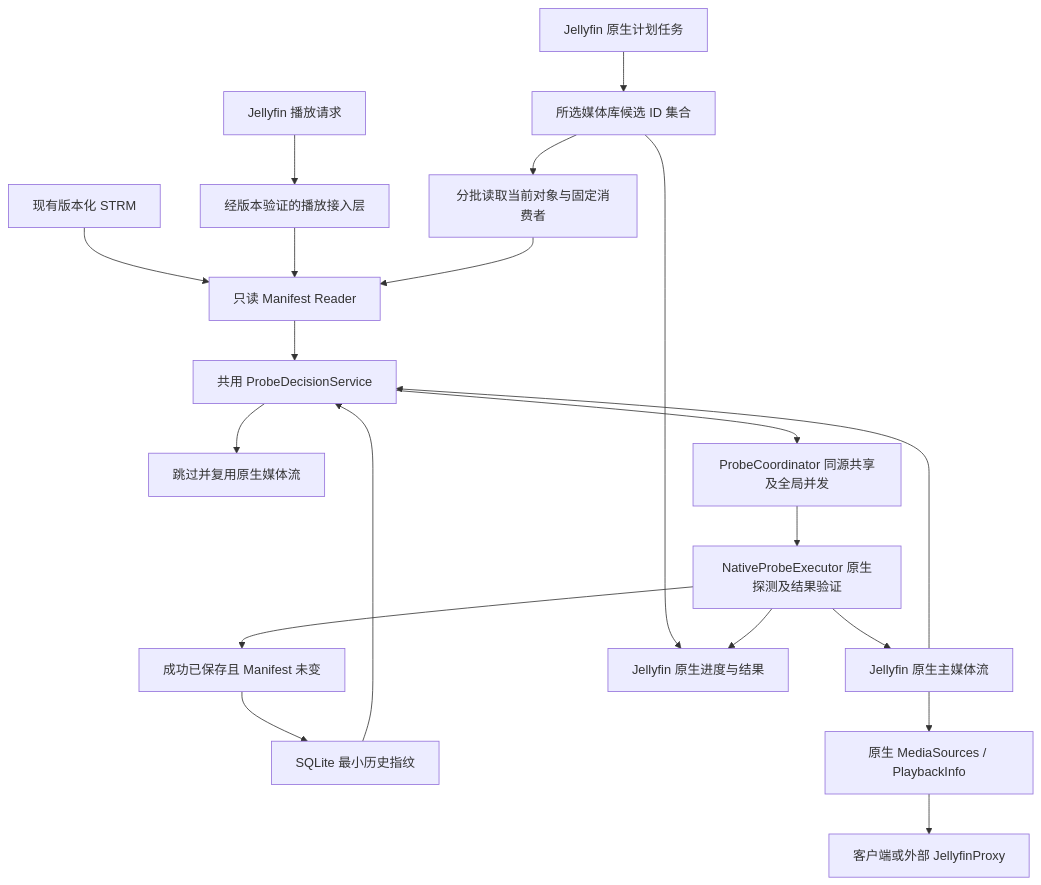
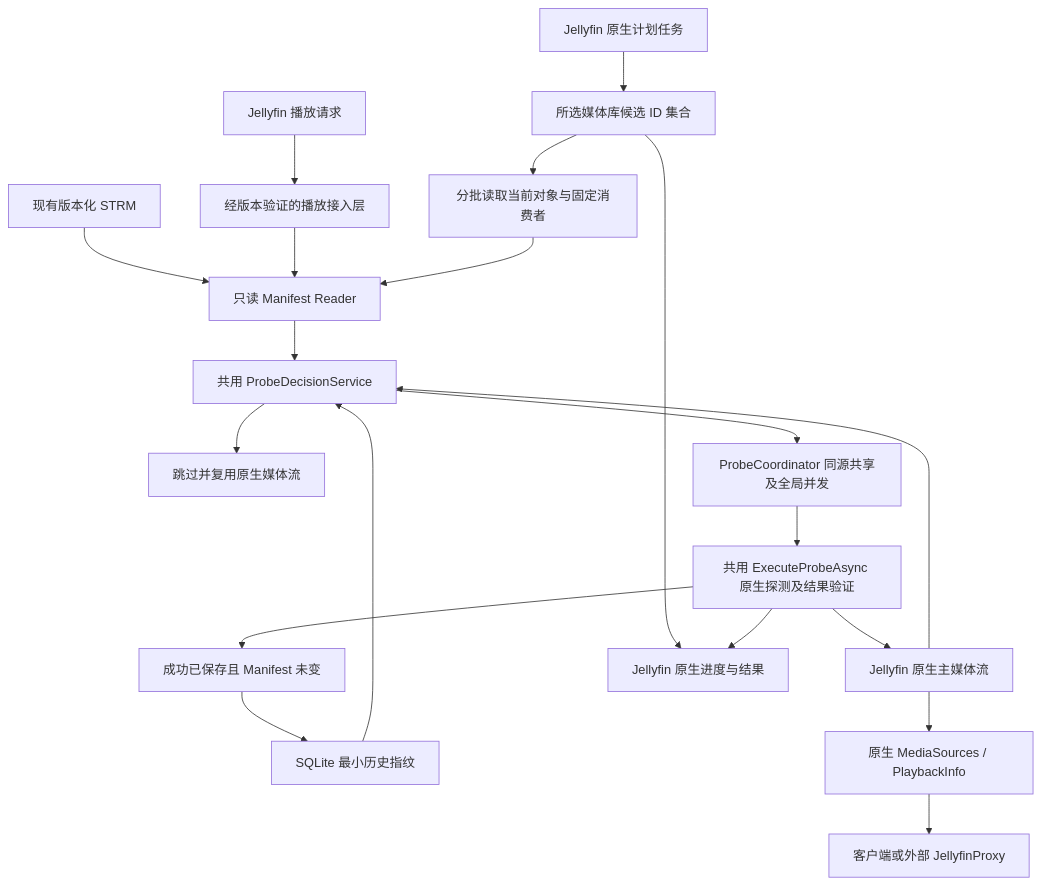
The diagram in docs/architecture.md (kentinya/jellyfin-strm-probe), drawn with Mermaid before and after one commit. The commit also changed other lines of this file and 15 other files, not shown here.

````diff
--- a/docs/architecture.md
+++ b/docs/architecture.md
@@ -37,22 +45,22 @@
 ```mermaid
 flowchart TD
     A[现有版本化 STRM] --> R[只读 Manifest Reader]
     P[Jellyfin 播放请求] --> I[经版本验证的播放接入层]
     T[Jellyfin 原生计划任务] --> Q[所选媒体库候选 ID 集合]
     Q --> W[分批读取当前对象与固定消费者]
     I --> R
     W --> R
     R --> D[共用 ProbeDecisionService]
     F[SQLite 最小历史指纹] --> D
     N[Jellyfin 原生主媒体流] --> D
     D --> S[跳过并复用原生媒体流]
     D --> C[ProbeCoordinator 同源共享及全局并发]
-    C --> E[NativeProbeExecutor 原生探测及结果验证]
+    C --> E[共用 ExecuteProbeAsync 原生探测及结果验证]
     E --> N
     E --> V[成功已保存且 Manifest 未变]
     V --> F
     N --> B[原生 MediaSources / PlaybackInfo]
     B --> U[客户端或外部 JellyfinProxy]
     Q --> G[Jellyfin 原生进度与结果]
     E --> G
 ```
````
